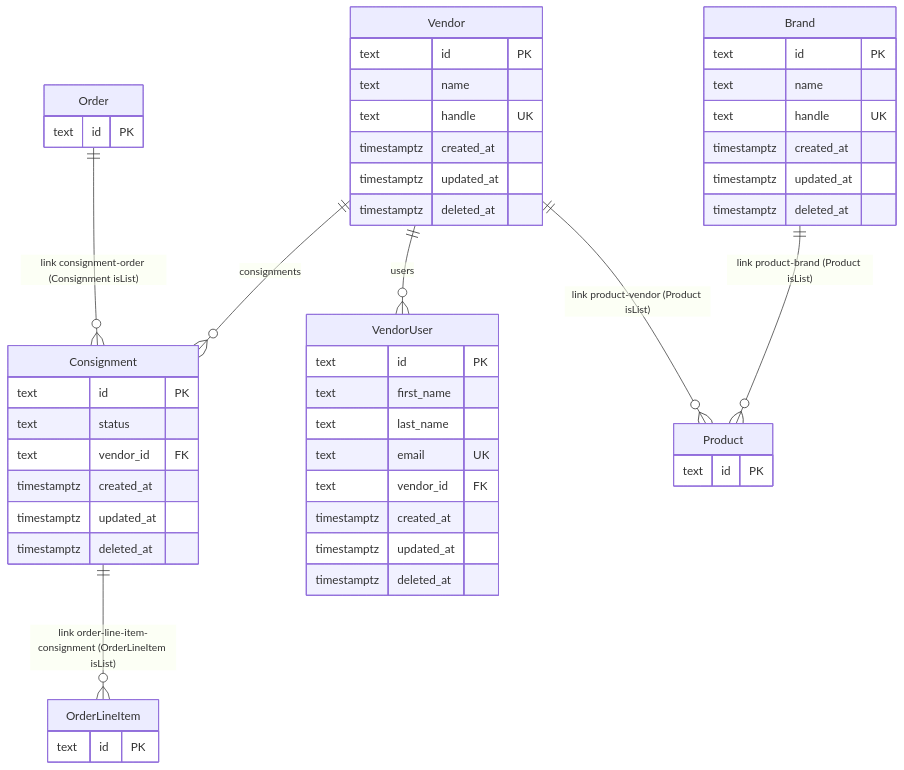
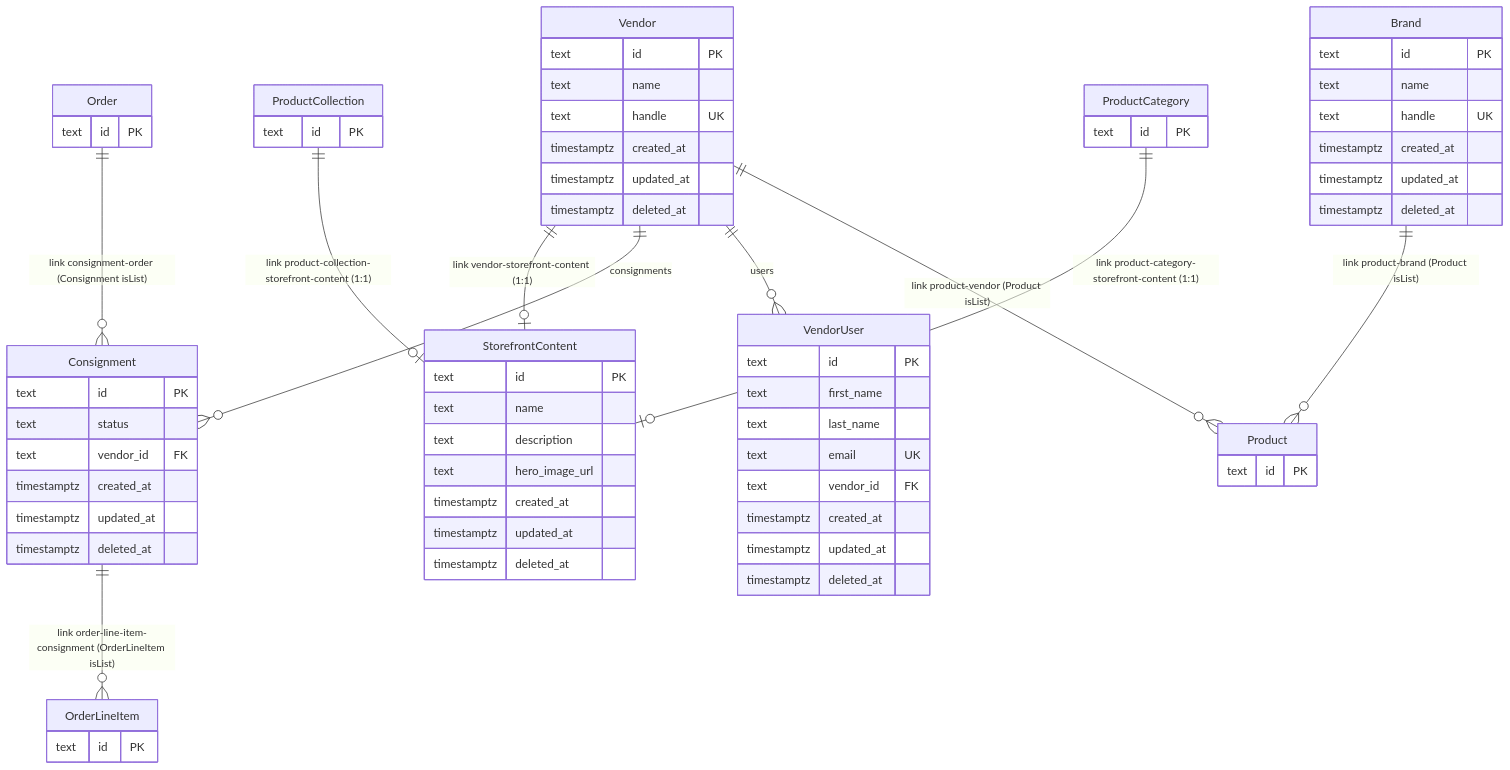
Before and after one commit to yago-flockr/medusa-poc: the diagram in apps/backend/docs/ER_MODEL.md, drawn with Mermaid. The commit also changed other lines of this file and 42 other files, not shown here.

First line of the commit message:
feat: add storefront content management for collections and product categories

````diff
--- a/apps/backend/docs/ER_MODEL.md
+++ b/apps/backend/docs/ER_MODEL.md
@@ -20,60 +20,81 @@
 ```mermaid
 erDiagram
   Brand {
     text id PK
     text name
     text handle UK
     timestamptz created_at
     timestamptz updated_at
     timestamptz deleted_at
   }
 
   Vendor {
     text id PK
     text name
     text handle UK
     timestamptz created_at
     timestamptz updated_at
     timestamptz deleted_at
   }
 
   VendorUser {
     text id PK
     text first_name
     text last_name
     text email UK
     text vendor_id FK
     timestamptz created_at
     timestamptz updated_at
     timestamptz deleted_at
   }
 
   Consignment {
     text id PK
     text status
     text vendor_id FK
     timestamptz created_at
     timestamptz updated_at
     timestamptz deleted_at
   }
 
-  %% Medusa Product / Order / OrderLineItem (core) — linked, not owned here
+  StorefrontContent {
+    text id PK
+    text name
+    text description
+    text hero_image_url
+    timestamptz created_at
+    timestamptz updated_at
+    timestamptz deleted_at
+  }
+
+  %% Medusa Product / Order / OrderLineItem / ProductCategory / ProductCollection (core) — linked, not owned here
   Product {
     text id PK
   }
 
   Order {
     text id PK
   }
 
   OrderLineItem {
     text id PK
   }
 
+  ProductCategory {
+    text id PK
+  }
+
+  ProductCollection {
+    text id PK
+  }
+
   Brand ||--o{ Product : "link product-brand (Product isList)"
   Vendor ||--o{ Product : "link product-vendor (Product isList)"
   Vendor ||--o{ VendorUser : "users"
   Vendor ||--o{ Consignment : "consignments"
   Order ||--o{ Consignment : "link consignment-order (Consignment isList)"
   Consignment ||--o{ OrderLineItem : "link order-line-item-consignment (OrderLineItem isList)"
+  Vendor ||--o| StorefrontContent : "link vendor-storefront-content (1:1)"
+  ProductCategory ||--o| StorefrontContent : "link product-category-storefront-content (1:1)"
+  ProductCollection ||--o| StorefrontContent : "link product-collection-storefront-content (1:1)"
 ```
````
